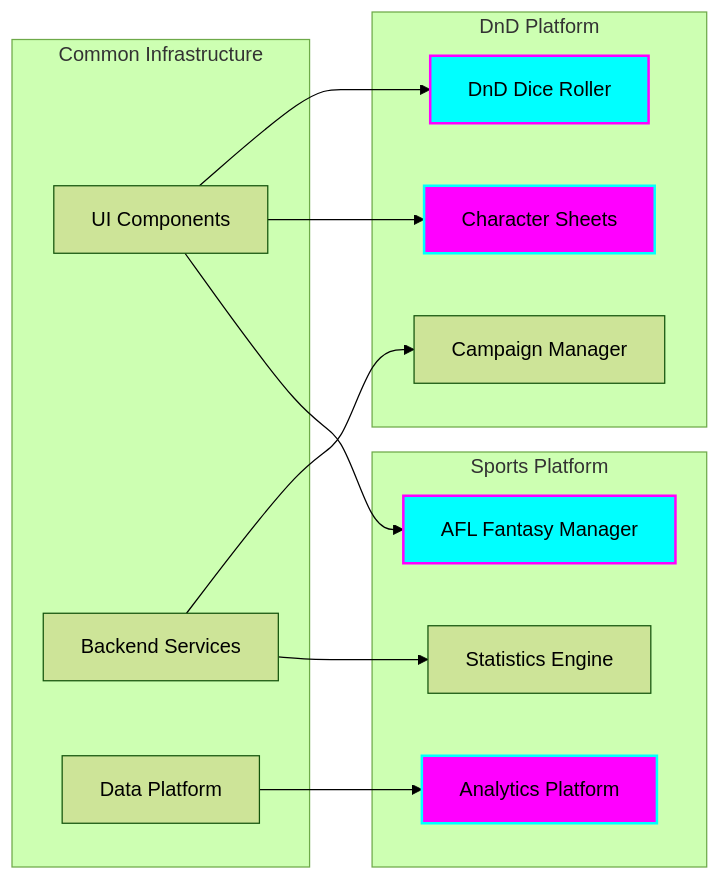
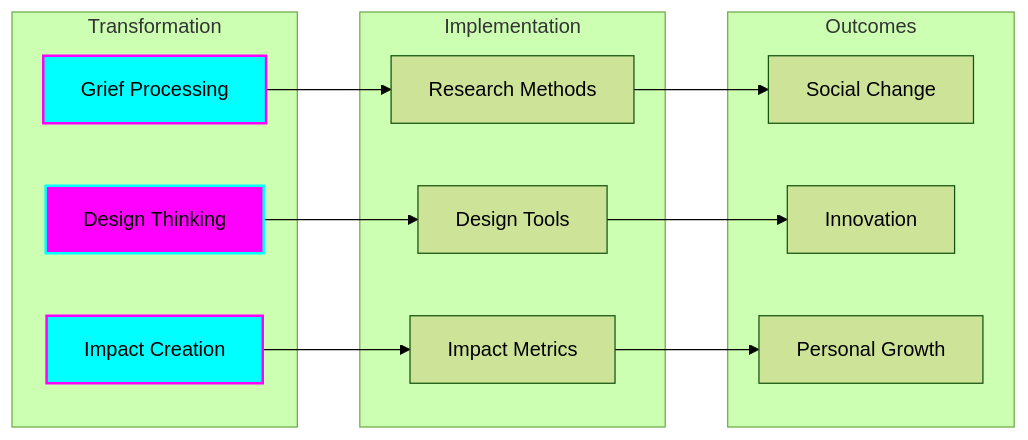
The fourth of 5 diagrams in docs/organization/README.md (tiation/TiaAstor), drawn with Mermaid (forest theme) before and after one commit. The commit also changed other lines of this file and 2 other files, not shown here.

````diff
--- a/docs/organization/README.md
+++ b/docs/organization/README.md
@@ -66,32 +112,32 @@
 ```mermaid
 graph LR
-    subgraph DnD Platform
-        Dice[DnD Dice Roller]
-        Sheets[Character Sheets]
-        Campaign[Campaign Manager]
+    subgraph Transformation
+        Grief[Grief Processing]
+        Design[Design Thinking]
+        Impact[Impact Creation]
     end
 
-    subgraph Sports Platform
-        AFL[AFL Fantasy Manager]
-        Stats[Statistics Engine]
-        Analytics[Analytics Platform]
+    subgraph Implementation
+        Research[Research Methods]
+        Tools[Design Tools]
+        Metrics[Impact Metrics]
     end
 
-    subgraph Common Infrastructure
-        UI[UI Components]
-        Backend[Backend Services]
-        Data[Data Platform]
+    subgraph Outcomes
+        Social[Social Change]
+        Innovation[Innovation]
+        Growth[Personal Growth]
     end
 
-    UI --> Dice
-    UI --> Sheets
-    UI --> AFL
-    Backend --> Campaign
-    Backend --> Stats
-    Data --> Analytics
+    Grief --> Research
+    Design --> Tools
+    Impact --> Metrics
 
-    style Dice fill:#00ffff,stroke:#ff00ff,stroke-width:2px
-    style Sheets fill:#ff00ff,stroke:#00ffff,stroke-width:2px
-    style AFL fill:#00ffff,stroke:#ff00ff,stroke-width:2px
-    style Analytics fill:#ff00ff,stroke:#00ffff,stroke-width:2px
+    Research --> Social
+    Tools --> Innovation
+    Metrics --> Growth
+
+    style Grief fill:#00ffff,stroke:#ff00ff,stroke-width:2px
+    style Design fill:#ff00ff,stroke:#00ffff,stroke-width:2px
+    style Impact fill:#00ffff,stroke:#ff00ff,stroke-width:2px
 ```
````
